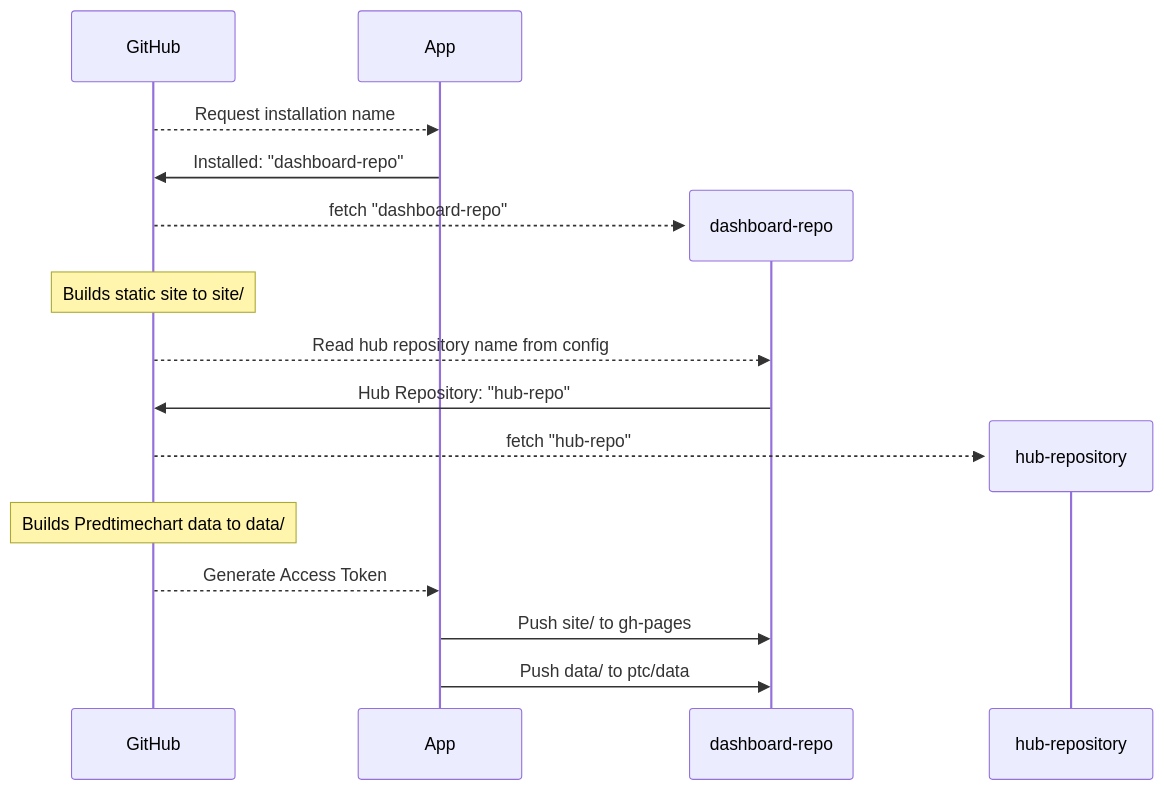
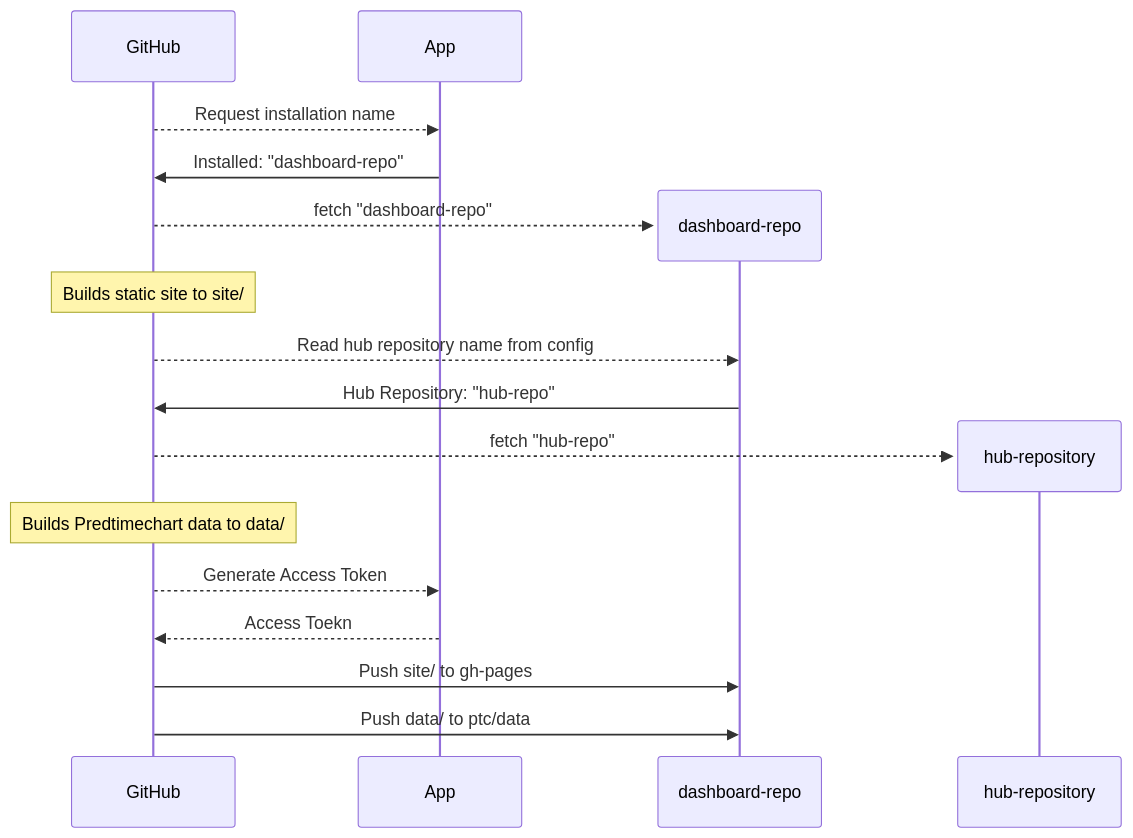
One commit to hubverse-org/hub-dashboard-control-room changed the first of 2 diagrams in README.md. Above: the diagram before and after it, drawn with Mermaid. The commit also changed other lines of this file, not shown here.

Commit message:
update README with better diagram

````diff
--- a/README.md
+++ b/README.md
@@ -14,19 +25,20 @@
 ```mermaid
 sequenceDiagram
      participant GitHub
      participant App
      GitHub-->>App: Request installation name
      App->>GitHub: Installed: "dashboard-repo"
 
      create participant dashboard-repo
      GitHub-->>dashboard-repo: fetch "dashboard-repo"
      Note over GitHub: Builds static site to site/
      GitHub-->>dashboard-repo: Read hub repository name from config
      dashboard-repo->>GitHub: Hub Repository: "hub-repo"
      create participant hub as hub-repository
      GitHub-->>hub: fetch "hub-repo"
      Note over GitHub: Builds Predtimechart data to data/
      GitHub-->>App: Generate Access Token
-     App->>dashboard-repo: Push site/ to gh-pages
-     App->>dashboard-repo: Push data/ to ptc/data
+     App-->>GitHub: Access Toekn
+     GitHub->>dashboard-repo: Push site/ to gh-pages
+     GitHub->>dashboard-repo: Push data/ to ptc/data
 ```
````
